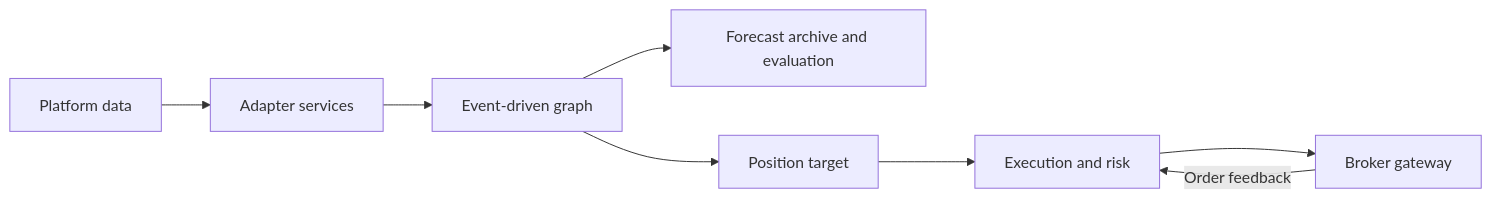
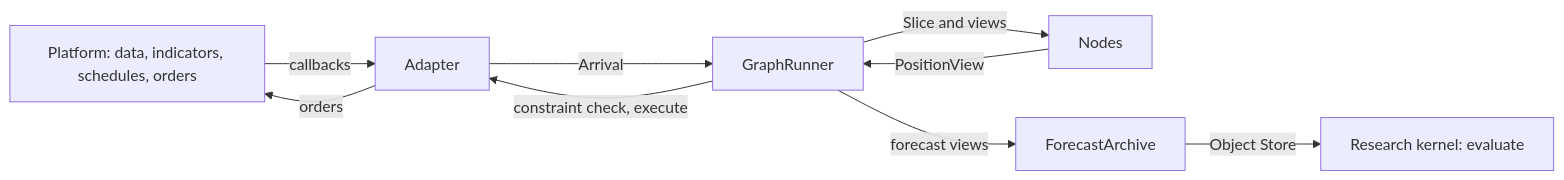
Before and after one commit to jibidnd/sugarloaf: the diagram in README.md, drawn with Mermaid. The commit also changed other lines of this file and 37 other files, not shown here.

````diff
--- a/README.md
+++ b/README.md
@@ -11,10 +11,11 @@
 ```mermaid
 flowchart LR
-    D[Platform data] --> A[Adapter services]
-    A --> R[Event-driven graph]
-    R --> F[Forecast archive and evaluation]
-    R --> P[Position target]
-    P --> E[Execution and risk]
-    E --> B[Broker gateway]
-    B -->|Order feedback| E
+    P[Platform: data, indicators, schedules, orders] -->|callbacks| A[Adapter]
+    A -->|Arrival| R[GraphRunner]
+    R -->|Slice and views| N[Nodes]
+    N -->|PositionView| R
+    R -->|constraint check, execute| A
+    A -->|orders| P
+    R -->|forecast views| F[ForecastArchive]
+    F -->|Object Store| K[Research kernel: evaluate]
 ```
````
